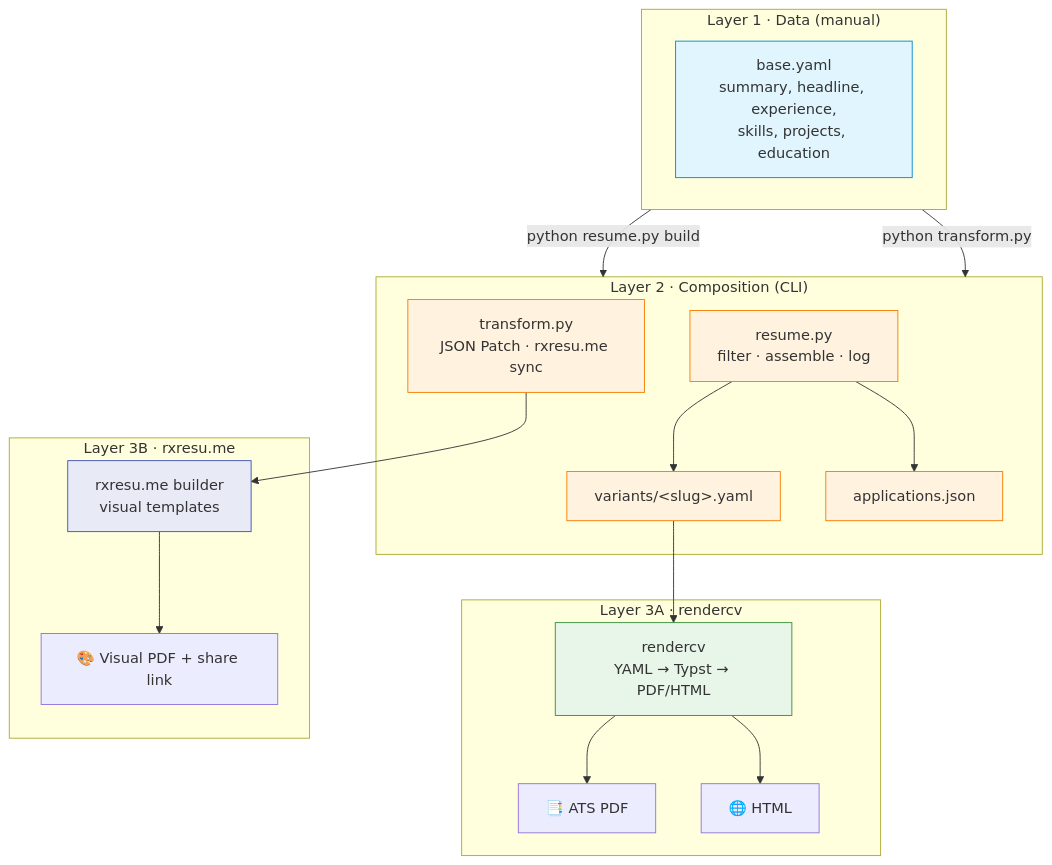
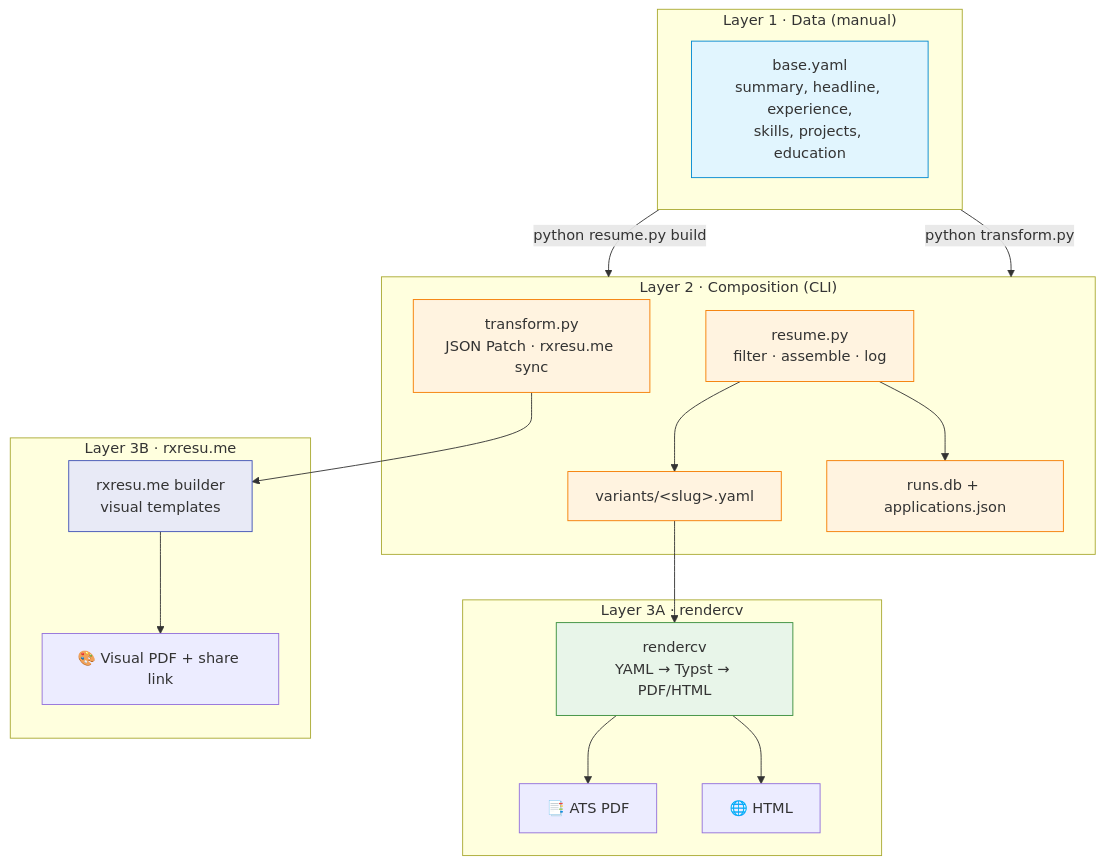
One commit to jxjwilliam/resume-generator changed the first of 10 diagrams in docs/overview.md. Above: the diagram before and after it, drawn with Mermaid. The commit also changed other lines of this file and 17 other files, not shown here.

````diff
--- a/docs/overview.md
+++ b/docs/overview.md
@@ -11,39 +11,39 @@
 ```mermaid
 flowchart TB
     subgraph L1["Layer 1 · Data (manual)"]
         BY["base.yaml<br/>summary, headline, experience,<br/>skills, projects, education"]
         style BY fill:#e1f5fe,stroke:#0288d1
     end
 
     subgraph L2["Layer 2 · Composition (CLI)"]
         RP["resume.py<br/>filter · assemble · log"]
         TP["transform.py<br/>JSON Patch · rxresu.me sync"]
         VY["variants/&lt;slug&gt;.yaml"]
-        AJ["applications.json"]
+        AJ["runs.db + applications.json"]
         style RP fill:#fff3e0,stroke:#f57c00
         style TP fill:#fff3e0,stroke:#f57c00
         style VY fill:#fff3e0,stroke:#f57c00
         style AJ fill:#fff3e0,stroke:#f57c00
     end
 
     subgraph L3A["Layer 3A · rendercv"]
         RC["rendercv<br/>YAML → Typst → PDF/HTML"]
         PDF["📑 ATS PDF"]
         HTML["🌐 HTML"]
         style RC fill:#e8f5e9,stroke:#388e3c
     end
 
     subgraph L3B["Layer 3B · rxresu.me"]
         RX["rxresu.me builder<br/>visual templates"]
         VIS["🎨 Visual PDF + share link"]
         style RX fill:#e8eaf6,stroke:#3f51b5
     end
 
     L1 -->|"python resume.py build"| L2
     L1 -->|"python transform.py"| L2
     RP --> VY --> RC
     RC --> PDF
     RC --> HTML
     TP --> RX --> VIS
     RP --> AJ
 ```
````
